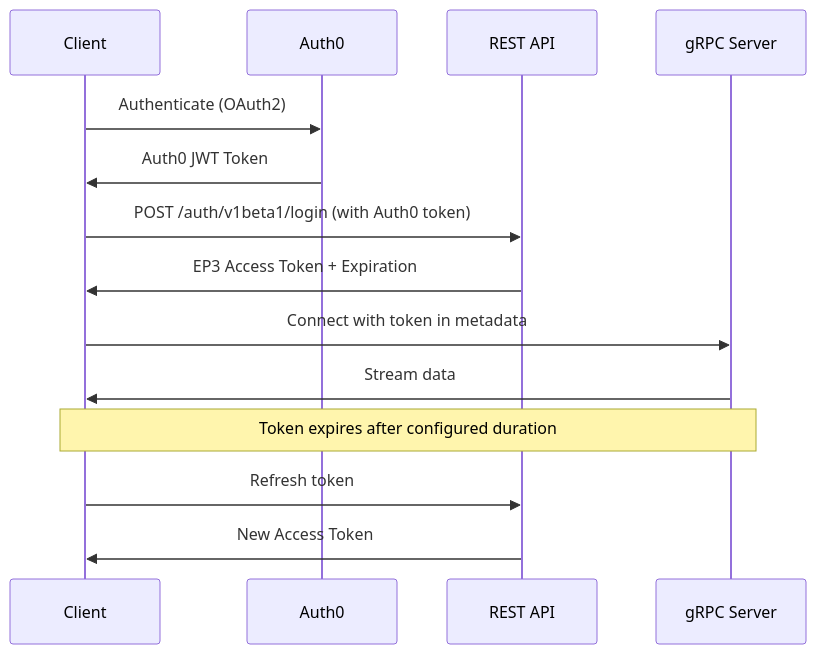
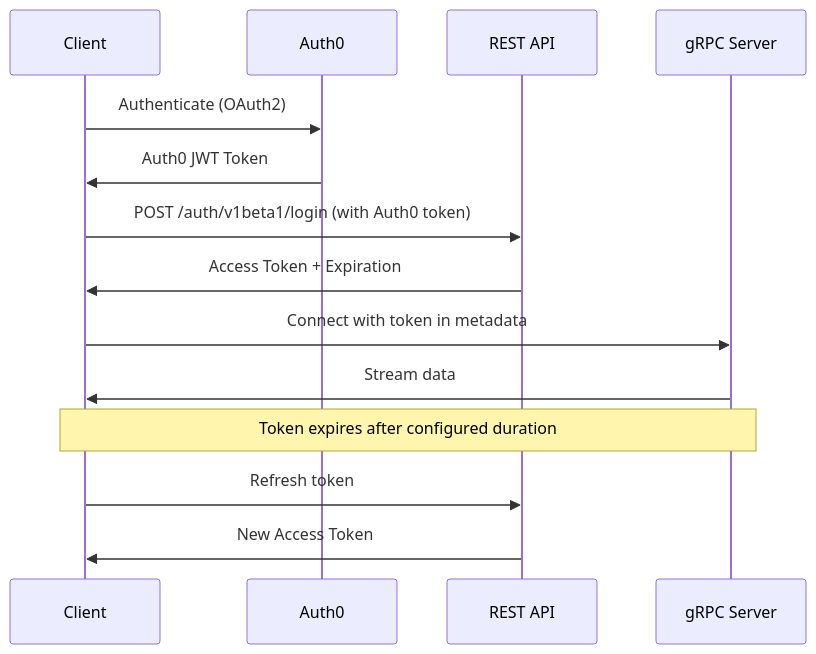
Before and after one commit to chrisr-a11y/docs: the diagram in streaming-endpoints/authentication.mdx, drawn with Mermaid. The commit also changed other lines of this file and 6 other files, not shown here.

````diff
--- a/streaming-endpoints/authentication.mdx
+++ b/streaming-endpoints/authentication.mdx
@@ -13,17 +13,17 @@
 ```mermaid
 sequenceDiagram
     participant Client
     participant Auth0
     participant REST API
     participant gRPC Server
 
     Client->>Auth0: Authenticate (OAuth2)
     Auth0->>Client: Auth0 JWT Token
     Client->>REST API: POST /auth/v1beta1/login (with Auth0 token)
-    REST API->>Client: EP3 Access Token + Expiration
+    REST API->>Client: Access Token + Expiration
     Client->>gRPC Server: Connect with token in metadata
     gRPC Server->>Client: Stream data
     Note over Client,gRPC Server: Token expires after configured duration
     Client->>REST API: Refresh token
     REST API->>Client: New Access Token
 ```
````
